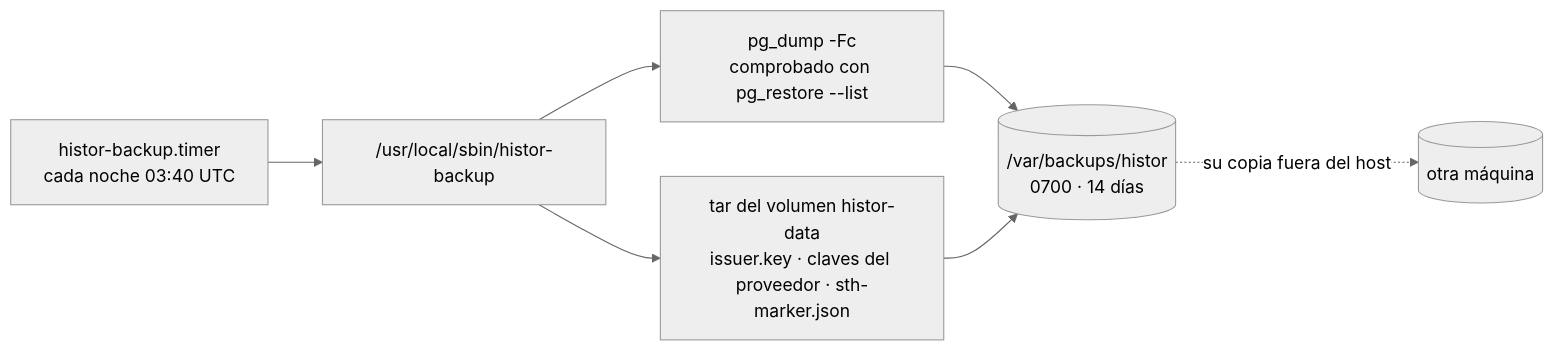
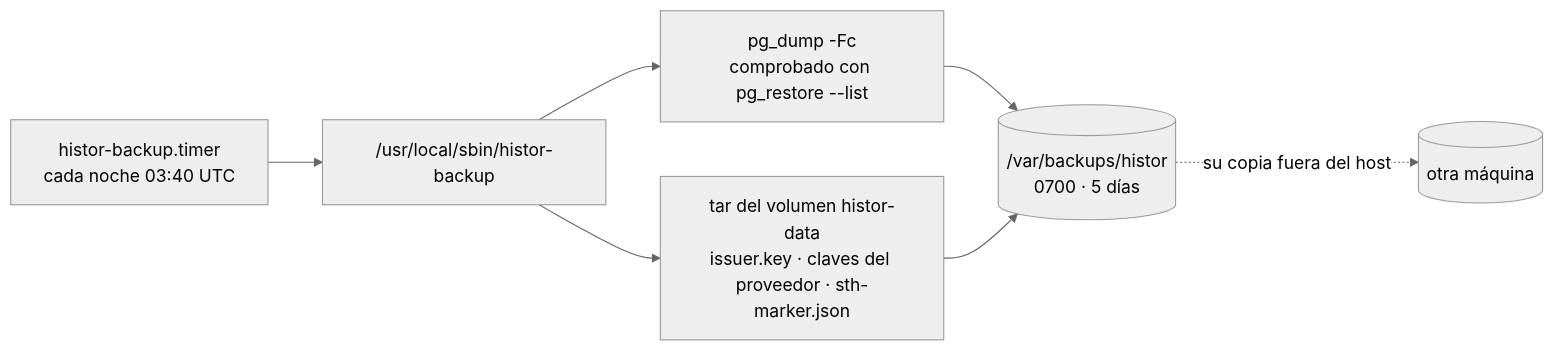
The third of 3 diagrams in docs/operations.es.md (alexar76/histor), drawn with Mermaid (neutral theme) before and after one commit. The commit also changed 9 other files, not shown here.

````diff
--- a/docs/operations.es.md
+++ b/docs/operations.es.md
@@ -113,9 +113,9 @@
 ```mermaid
 flowchart LR
     T["histor-backup.timer<br/>cada noche 03:40 UTC"] --> S["/usr/local/sbin/histor-backup"]
     S --> D["pg_dump -Fc<br/>comprobado con pg_restore --list"]
     S --> K["tar del volumen histor-data<br/>issuer.key · claves del proveedor · sth-marker.json"]
-    D --> B[("/var/backups/histor<br/>0700 · 14 días")]
+    D --> B[("/var/backups/histor<br/>0700 · 5 días")]
     K --> B
     B -. "su copia fuera del host" .-> O[("otra máquina")]
 ```
````
